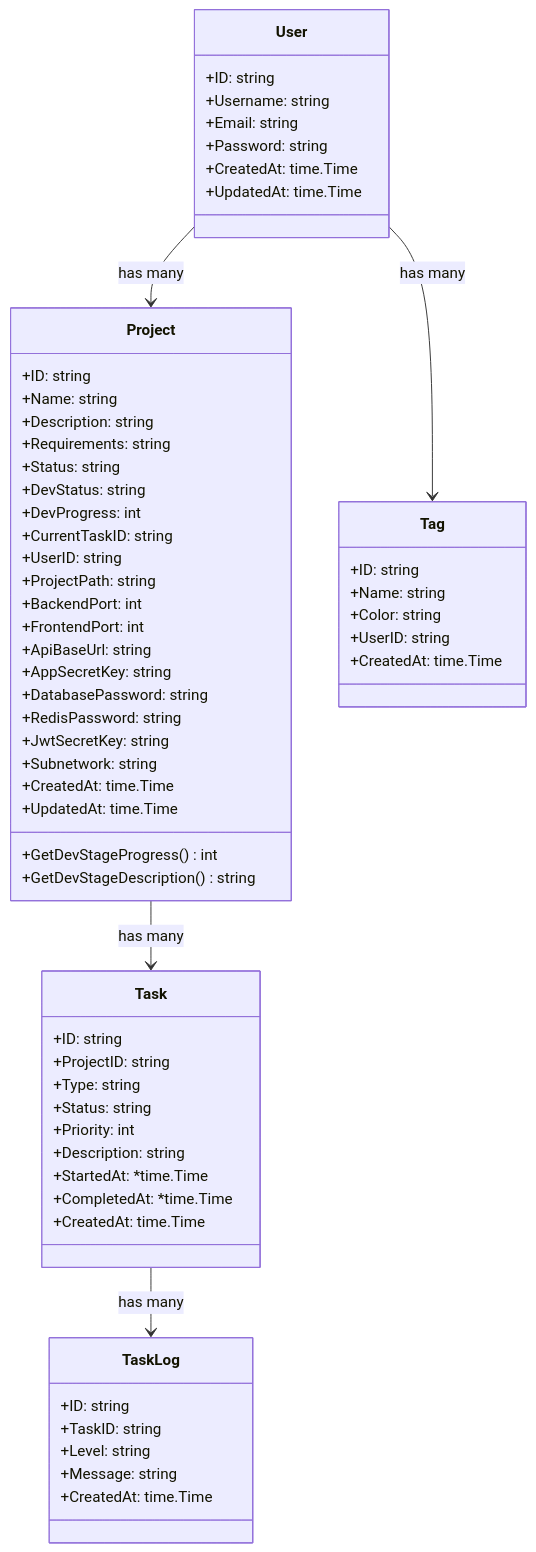
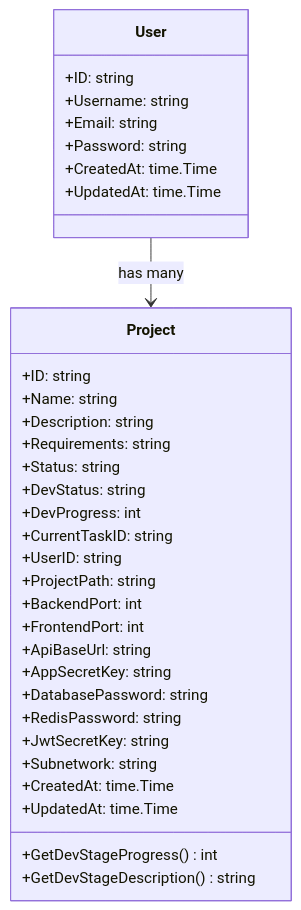
One commit to lighthought/app-maker changed the second of 9 diagrams in backend/architect/ARCHITECTURE.md. Above: the diagram before and after it, drawn with Mermaid. The commit also changed other lines of this file and 7 other files, not shown here.

````diff
--- a/backend/architect/ARCHITECTURE.md
+++ b/backend/architect/ARCHITECTURE.md
@@ -103,69 +97,38 @@
 ```mermaid
 classDiagram
     class Project {
         +ID: string
         +Name: string
         +Description: string
         +Requirements: string
         +Status: string
         +DevStatus: string
         +DevProgress: int
         +CurrentTaskID: string
         +UserID: string
         +ProjectPath: string
         +BackendPort: int
         +FrontendPort: int
         +ApiBaseUrl: string
         +AppSecretKey: string
         +DatabasePassword: string
         +RedisPassword: string
         +JwtSecretKey: string
         +Subnetwork: string
         +CreatedAt: time.Time
         +UpdatedAt: time.Time
         +GetDevStageProgress() int
         +GetDevStageDescription() string
     }
 
-    class Task {
-        +ID: string
-        +ProjectID: string
-        +Type: string
-        +Status: string
-        +Priority: int
-        +Description: string
-        +StartedAt: *time.Time
-        +CompletedAt: *time.Time
-        +CreatedAt: time.Time
-    }
-
-    class TaskLog {
-        +ID: string
-        +TaskID: string
-        +Level: string
-        +Message: string
-        +CreatedAt: time.Time
-    }
-
     class User {
         +ID: string
         +Username: string
         +Email: string
         +Password: string
         +CreatedAt: time.Time
         +UpdatedAt: time.Time
     }
 
-    class Tag {
-        +ID: string
-        +Name: string
-        +Color: string
-        +UserID: string
-        +CreatedAt: time.Time
-    }
-
-    Project --> Task : has many
-    Task --> TaskLog : has many
     User --> Project : has many
-    User --> Tag : has many
 ```
````
